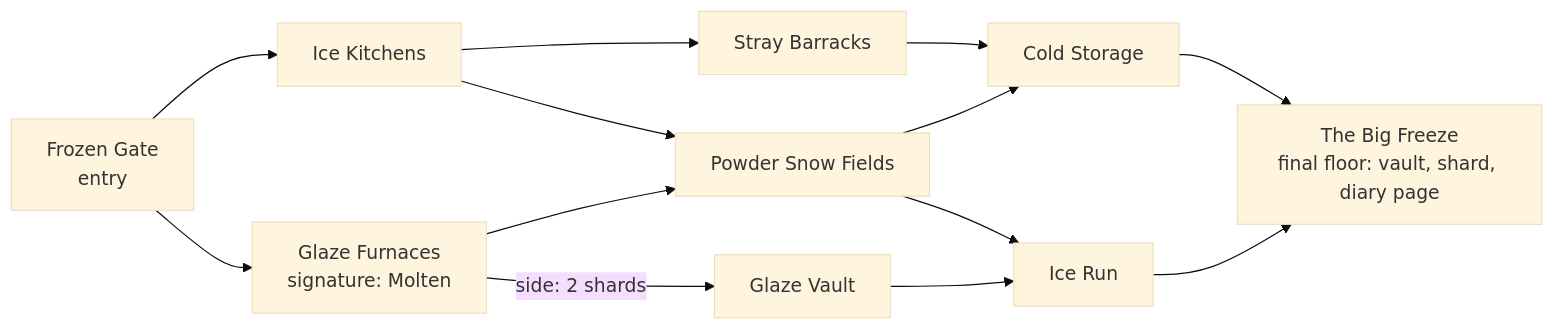
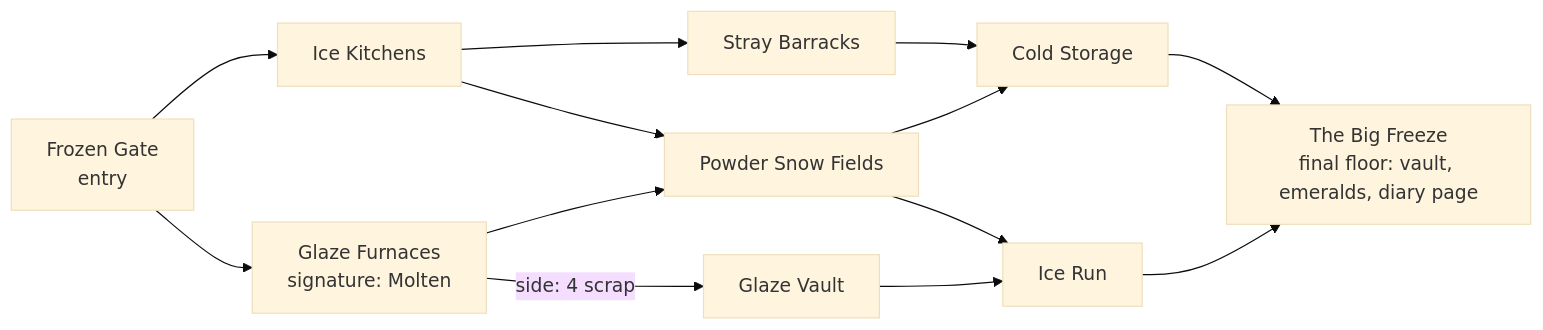
The diagram in pocketdungeons/docs/DUNGEON_STRUCTURE_DESIGN.md (MrPinoy123456789/MrPinoys-Mods), drawn with Mermaid (base theme) before and after one commit. The commit also changed other lines of this file and 26 other files, not shown here.

First line of the commit message:
Step 3e: side branches cost scrap

````diff
--- a/pocketdungeons/docs/DUNGEON_STRUCTURE_DESIGN.md
+++ b/pocketdungeons/docs/DUNGEON_STRUCTURE_DESIGN.md
@@ -254,15 +256,15 @@
 ```mermaid
 flowchart LR
     E["Frozen Gate<br/>entry"] --> K["Ice Kitchens"]
     E --> F["Glaze Furnaces<br/>signature: Molten"]
     K --> S["Stray Barracks"]
     K --> P["Powder Snow Fields"]
     F --> P
-    F -->|"side: 2 shards"| V["Glaze Vault"]
+    F -->|"side: 4 scrap"| V["Glaze Vault"]
     S --> C["Cold Storage"]
     P --> C
     P --> R["Ice Run"]
     V --> R
-    C --> X["The Big Freeze<br/>final floor: vault, shard, diary page"]
+    C --> X["The Big Freeze<br/>final floor: vault, emeralds, diary page"]
     R --> X
 ```
````
